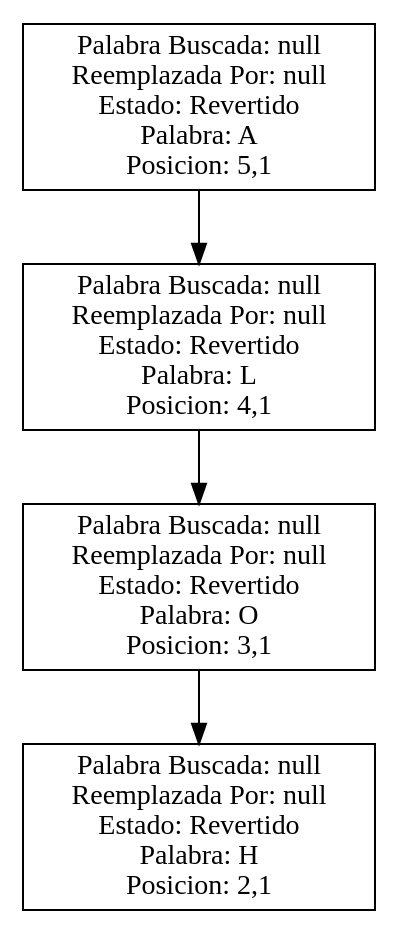
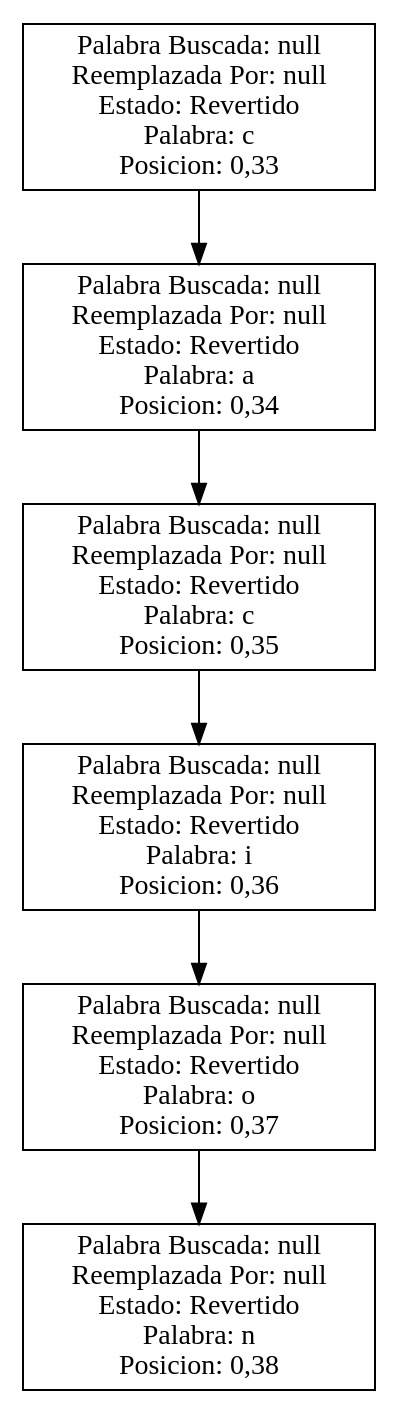
Before and after one commit to RonaldOrdonez/EDD_1S2020_P1_201314564: the diagram in pilaRevertidos.dot, drawn with Graphviz. The commit also changed 24 other files, not shown here.

```diff
--- a/pilaRevertidos.dot
+++ b/pilaRevertidos.dot
@@ -1,10 +1,14 @@
 digraph pilaRevertidos{ 
 node[shape=record]; 
-node0[label=" Palabra Buscada: null\nReemplazada Por: null\nEstado: Revertido\nPalabra: A\nPosicion: 5,1" ]; 
+node0[label=" Palabra Buscada: null\nReemplazada Por: null\nEstado: Revertido\nPalabra: c\nPosicion: 0,33" ]; 
 node0->node1; 
-node1[label=" Palabra Buscada: null\nReemplazada Por: null\nEstado: Revertido\nPalabra: L\nPosicion: 4,1" ]; 
+node1[label=" Palabra Buscada: null\nReemplazada Por: null\nEstado: Revertido\nPalabra: a\nPosicion: 0,34" ]; 
 node1->node2; 
-node2[label=" Palabra Buscada: null\nReemplazada Por: null\nEstado: Revertido\nPalabra: O\nPosicion: 3,1" ]; 
+node2[label=" Palabra Buscada: null\nReemplazada Por: null\nEstado: Revertido\nPalabra: c\nPosicion: 0,35" ]; 
 node2->node3; 
-node3[label=" Palabra Buscada: null\nReemplazada Por: null\nEstado: Revertido\nPalabra: H\nPosicion: 2,1" ]; 
+node3[label=" Palabra Buscada: null\nReemplazada Por: null\nEstado: Revertido\nPalabra: i\nPosicion: 0,36" ]; 
+node3->node4; 
+node4[label=" Palabra Buscada: null\nReemplazada Por: null\nEstado: Revertido\nPalabra: o\nPosicion: 0,37" ]; 
+node4->node5; 
+node5[label=" Palabra Buscada: null\nReemplazada Por: null\nEstado: Revertido\nPalabra: n\nPosicion: 0,38" ]; 
 }
```
